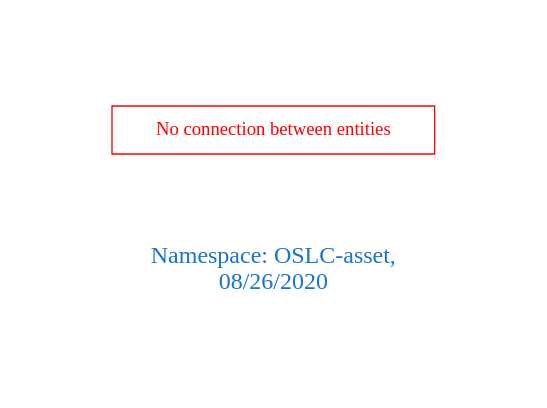
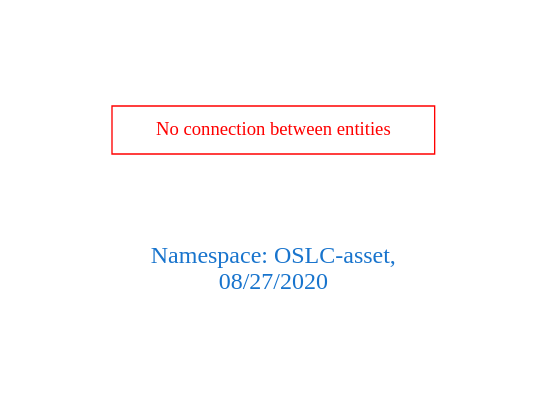
One commit to arago/OGIT changed the diagram in downloads/OSLC-asset.dot. Above: the diagram before and after it, drawn with Graphviz. The commit also changed 1817 other files, not shown here.

```diff
--- a/downloads/OSLC-asset.dot
+++ b/downloads/OSLC-asset.dot
@@ -1,9 +1,9 @@
 digraph OGIT_ontology {
  graph [ rankdir= LR,pad=1 
 fontsize = 18,
-fontcolor= dodgerblue3,label = "\n\n\nNamespace: OSLC-asset, \n 08/26/2020"];
+fontcolor= dodgerblue3,label = "\n\n\nNamespace: OSLC-asset, \n 08/27/2020"];
 node[shape=polygon];
 edge [  color="gray81"];
 
 "No connection between entities" [fontcolor = "red",color="red", shape="polygon"]
 }
```
